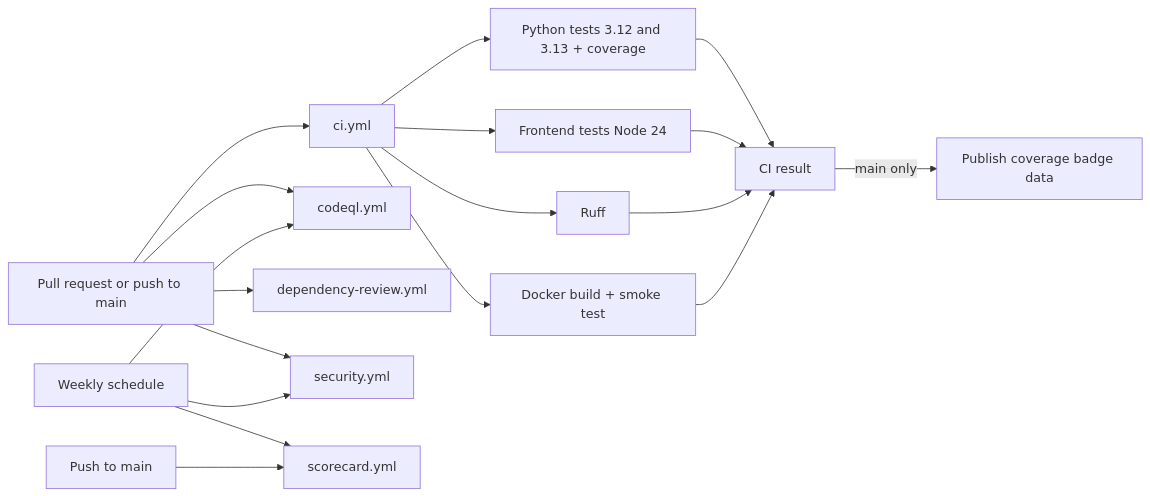
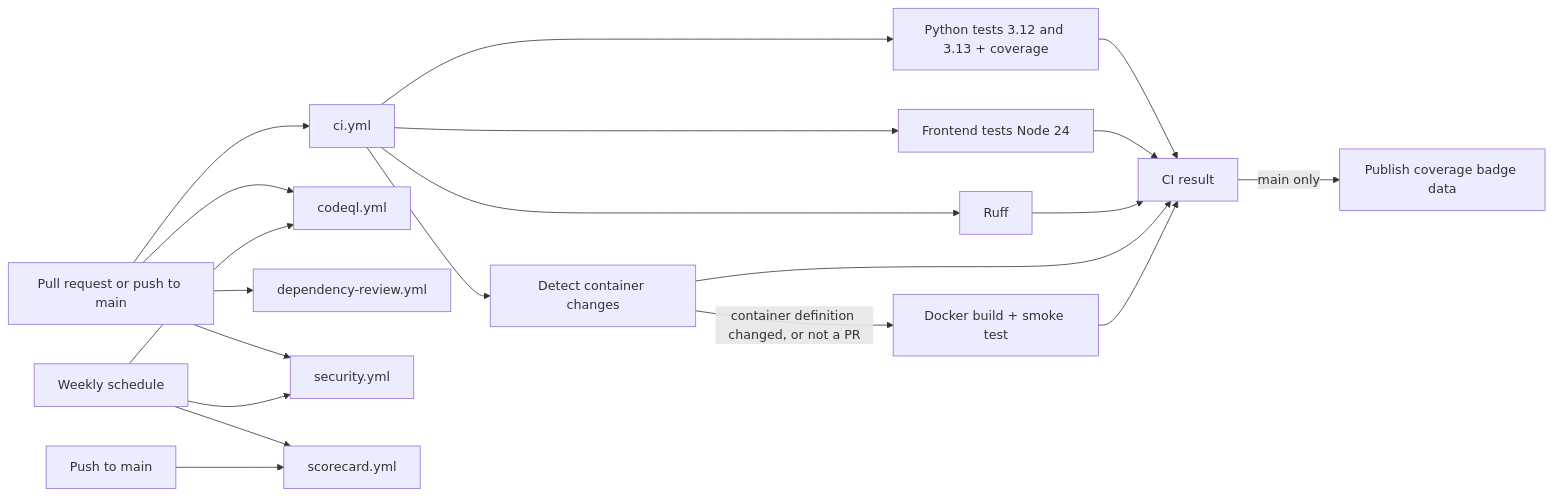
One commit to vchokshi/viharbot changed the diagram in docs/continuous-integration.md. Above: the diagram before and after it, drawn with Mermaid. The commit also changed other lines of this file and 2 other files, not shown here.

First line of the commit message:
ci: run the Docker build and smoke test only when a container definition changes

````diff
--- a/docs/continuous-integration.md
+++ b/docs/continuous-integration.md
@@ -7,17 +7,18 @@
 ```mermaid
 flowchart LR
   PR[Pull request or push to main] --> CI[ci.yml]
   PR --> CQ[codeql.yml]
   PR --> DR[dependency-review.yml]
   PR --> SEC[security.yml]
   SCH[Weekly schedule] --> CQ
   SCH --> SEC
   SCH --> SC[scorecard.yml]
   MAIN[Push to main] --> SC
   CI --> PT[Python tests 3.12 and 3.13 + coverage]
   CI --> FT[Frontend tests Node 24]
   CI --> LN[Ruff]
-  CI --> DK[Docker build + smoke test]
-  PT & FT & LN & DK --> GATE[CI result]
+  CI --> CH[Detect container changes]
+  CH -->|container definition changed, or not a PR| DK[Docker build + smoke test]
+  PT & FT & LN & CH & DK --> GATE[CI result]
   GATE -->|main only| CB[Publish coverage badge data]
 ```
````
